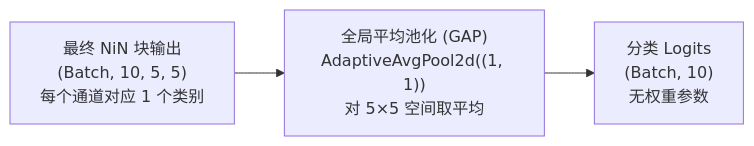
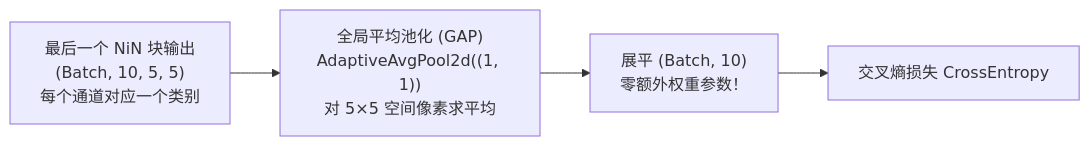
One commit to X-Hang7597/Obsidian-Notes changed the diagram in 动手学深度学习/现代卷积神经网络/7.3 网络中的网络（NiN）.md. Above: the diagram before and after it, drawn with Mermaid. The commit also changed other lines of this file and 84 other files, not shown here.

````diff
--- a/动手学深度学习/现代卷积神经网络/7.3 网络中的网络（NiN）.md
+++ b/动手学深度学习/现代卷积神经网络/7.3 网络中的网络（NiN）.md
@@ -94,6 +122,7 @@
 ```mermaid
 flowchart LR
-    ConvOut["最终 NiN 块输出<br/>(Batch, 10, 5, 5)<br/>每个通道对应 1 个类别"] 
-    --> GAP["全局平均池化 (GAP)<br/>AdaptiveAvgPool2d((1, 1))<br/>对 5×5 空间取平均"]
-    --> Out["分类 Logits<br/>(Batch, 10)<br/>无权重参数"]
+    ConvOut["最后一个 NiN 块输出<br/>(Batch, 10, 5, 5)<br/>每个通道对应一个类别"] 
+    --> GAP["全局平均池化 (GAP)<br/>AdaptiveAvgPool2d((1, 1))<br/>对 5×5 空间像素求平均"]
+    --> Flat["展平 (Batch, 10)<br/>零额外权重参数！"]
+    --> Loss["交叉熵损失 CrossEntropy"]
 ```
````
